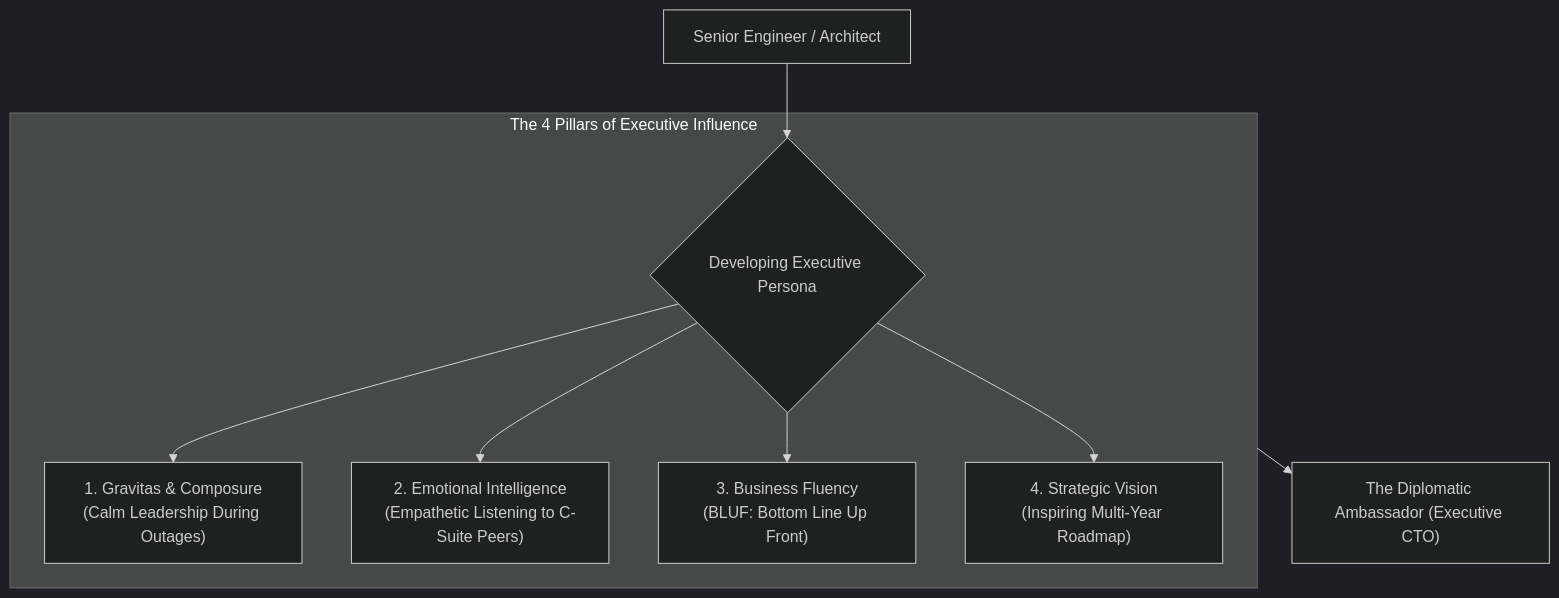
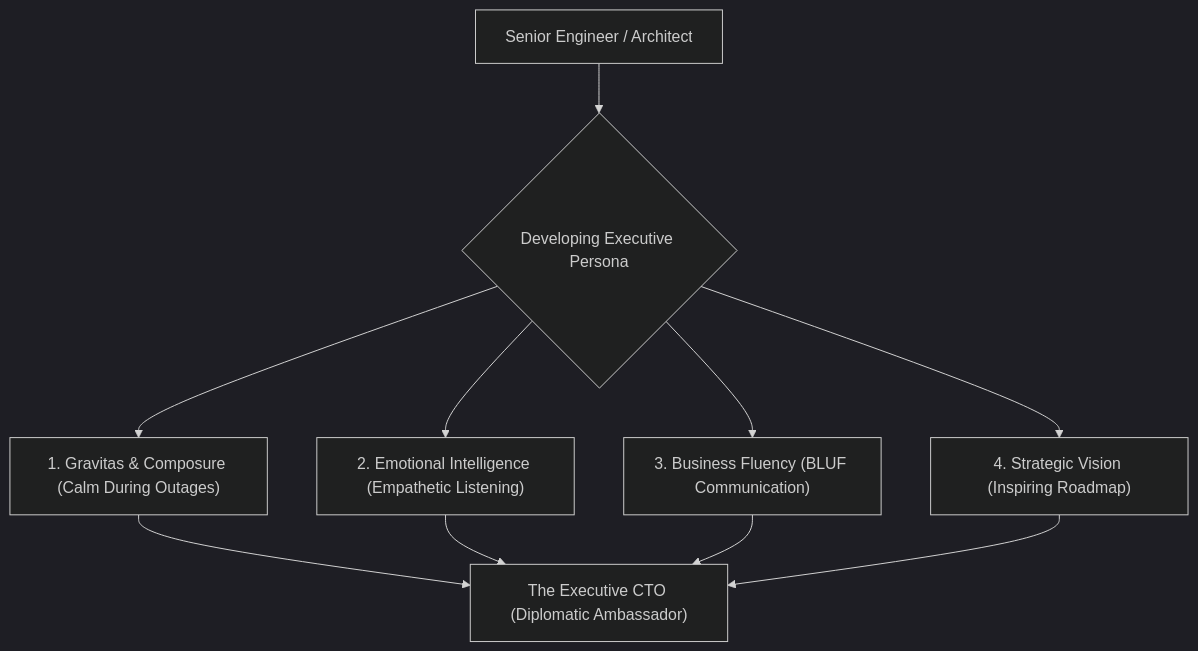
The diagram in users/pankajhyd/posts/building-an-executive-persona-leading-with-influence.md (PankajKumarCTO/blog-store), drawn with Mermaid (dark theme) before and after one commit.

Commit message:
Simplify post-028 Mermaid diagram syntax for guaranteed rendering

````diff
--- a/users/pankajhyd/posts/building-an-executive-persona-leading-with-influence.md
+++ b/users/pankajhyd/posts/building-an-executive-persona-leading-with-influence.md
@@ -56,13 +56,12 @@
 ```mermaid
 graph TD
     TechLeader["Senior Engineer / Architect"] --> Shift{"Developing Executive Persona"}
-    
-    subgraph Pillars["The 4 Pillars of Executive Influence"]
-        Shift --> Composure["1. Gravitas & Composure<br/>(Calm Leadership During Outages)"]
-        Shift --> EQ["2. Emotional Intelligence<br/>(Empathetic Listening to C-Suite Peers)"]
-        Shift --> Language["3. Business Fluency<br/>(BLUF: Bottom Line Up Front)"]
-        Shift --> Vision["4. Strategic Vision<br/>(Inspiring Multi-Year Roadmap)"]
-    end
-    
-    Pillars --> Ambassador["The Diplomatic Ambassador (Executive CTO)"]
+    Shift --> Composure["1. Gravitas & Composure (Calm During Outages)"]
+    Shift --> EQ["2. Emotional Intelligence (Empathetic Listening)"]
+    Shift --> Language["3. Business Fluency (BLUF Communication)"]
+    Shift --> Vision["4. Strategic Vision (Inspiring Roadmap)"]
+    Composure --> Ambassador["The Executive CTO (Diplomatic Ambassador)"]
+    EQ --> Ambassador
+    Language --> Ambassador
+    Vision --> Ambassador
 ```
````
